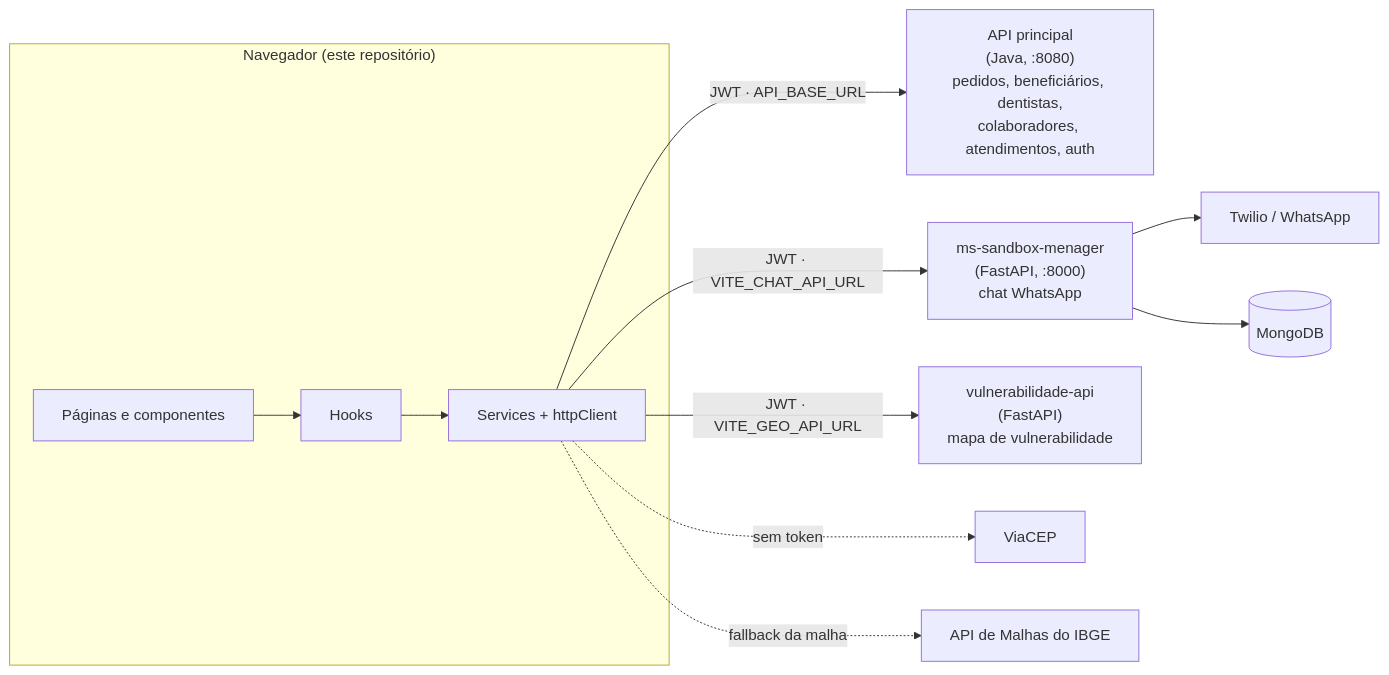
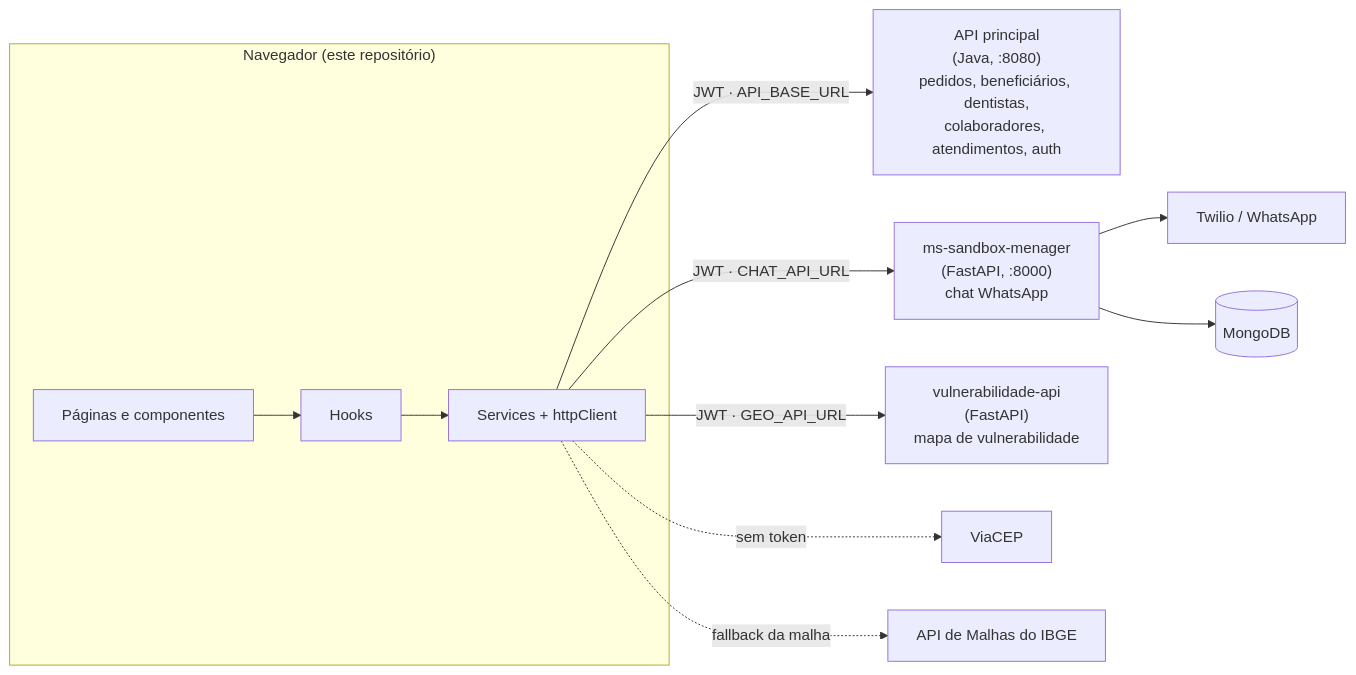
Before and after one commit to TdB-PlataformaRaizDoBem/Raiz-do-Bem: the first of 4 diagrams in ARCHITECTURE.md, drawn with Mermaid. The commit also changed other lines of this file and 11 other files, not shown here.

````diff
--- a/ARCHITECTURE.md
+++ b/ARCHITECTURE.md
@@ -24,18 +24,18 @@
 ```mermaid
 flowchart LR
     subgraph Navegador["Navegador (este repositório)"]
         UI["Páginas e componentes"]
         H["Hooks"]
         S["Services + httpClient"]
         UI --> H --> S
     end
 
     S -->|"JWT · API_BASE_URL"| API["API principal<br/>(Java, :8080)<br/>pedidos, beneficiários, dentistas,<br/>colaboradores, atendimentos, auth"]
-    S -->|"JWT · VITE_CHAT_API_URL"| CHAT["ms-sandbox-menager<br/>(FastAPI, :8000)<br/>chat WhatsApp"]
-    S -->|"JWT · VITE_GEO_API_URL"| GEO["vulnerabilidade-api<br/>(FastAPI)<br/>mapa de vulnerabilidade"]
+    S -->|"JWT · CHAT_API_URL"| CHAT["ms-sandbox-menager<br/>(FastAPI, :8000)<br/>chat WhatsApp"]
+    S -->|"JWT · GEO_API_URL"| GEO["vulnerabilidade-api<br/>(FastAPI)<br/>mapa de vulnerabilidade"]
     S -.->|"sem token"| VIACEP["ViaCEP"]
     S -.->|"fallback da malha"| IBGE["API de Malhas do IBGE"]
 
     CHAT --> TWILIO["Twilio / WhatsApp"]
     CHAT --> MONGO[("MongoDB")]
 ```
````
